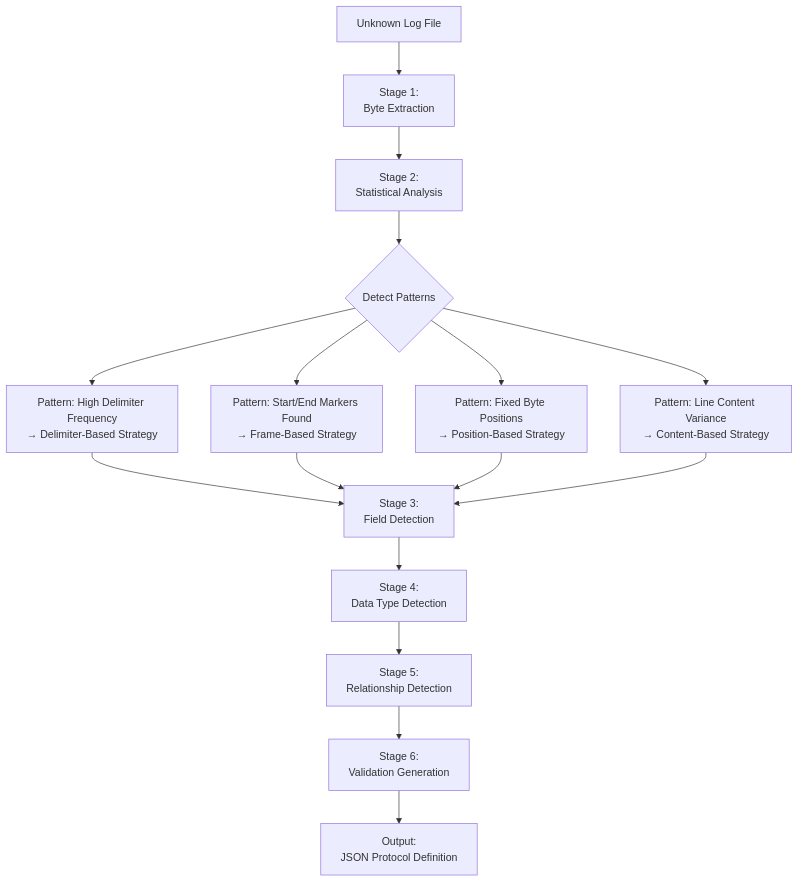
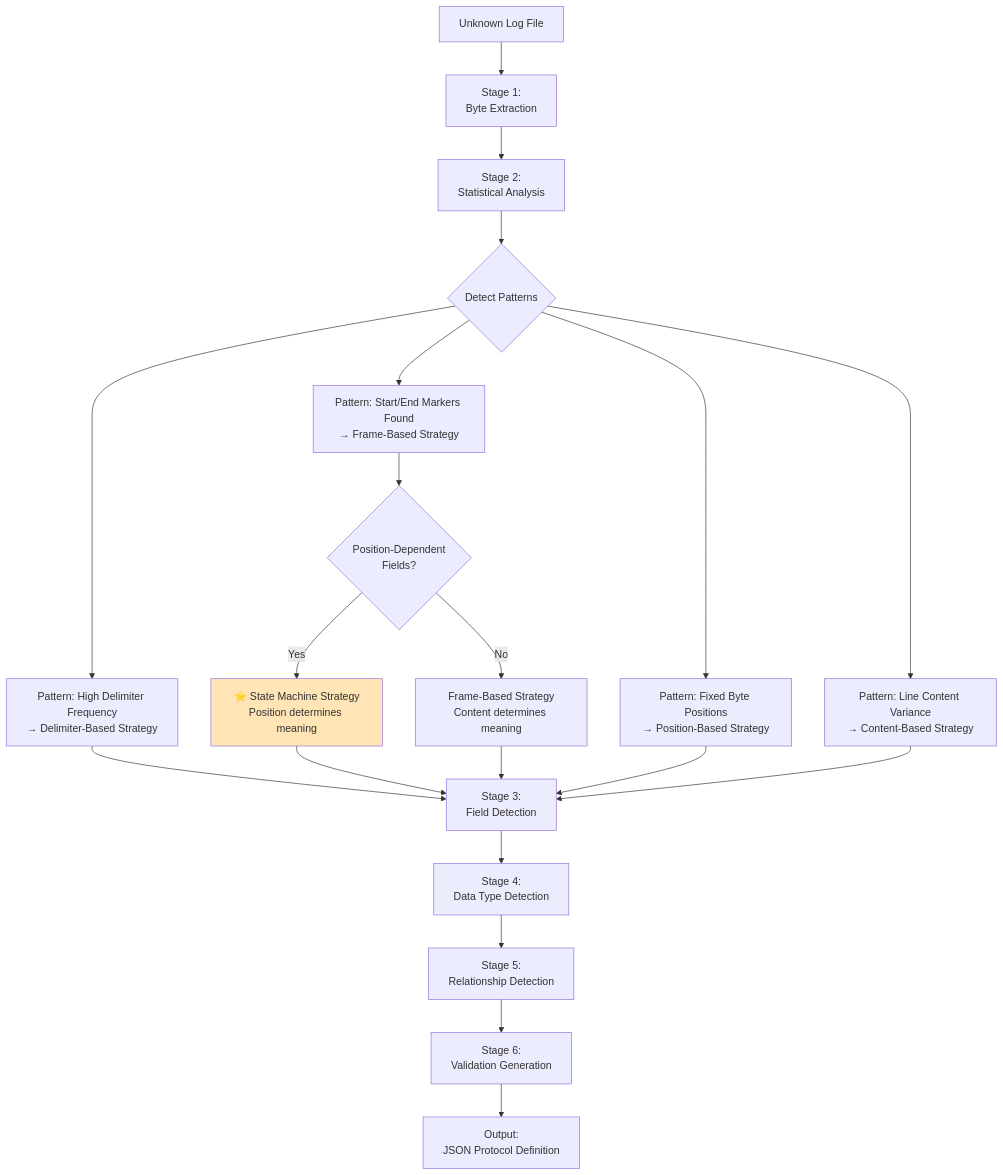
The first of 3 diagrams in Documents/ModernDesign/03-Parsing-Strategy-Analysis_New.md (chumpon-asaneerat/NSerialCommTools), drawn with Mermaid before and after one commit. The commit also changed other lines of this file and 34 other files, not shown here.

````diff
--- a/Documents/ModernDesign/03-Parsing-Strategy-Analysis_New.md
+++ b/Documents/ModernDesign/03-Parsing-Strategy-Analysis_New.md
@@ -39,26 +39,33 @@
 ```mermaid
 flowchart TD
     A[Unknown Log File] --> B[Stage 1:<br/>Byte Extraction]
 
     B --> C[Stage 2:<br/>Statistical Analysis]
 
     C --> D{Detect Patterns}
 
     D --> E1[Pattern: High Delimiter Frequency<br/>→ Delimiter-Based Strategy]
     D --> E2[Pattern: Start/End Markers Found<br/>→ Frame-Based Strategy]
     D --> E3[Pattern: Fixed Byte Positions<br/>→ Position-Based Strategy]
     D --> E4[Pattern: Line Content Variance<br/>→ Content-Based Strategy]
 
+    E2 --> E2A{Position-Dependent<br/>Fields?}
+    E2A -->|Yes| E2B[⭐ State Machine Strategy<br/>Position determines meaning]
+    E2A -->|No| E2C[Frame-Based Strategy<br/>Content determines meaning]
+
     E1 --> F[Stage 3:<br/>Field Detection]
-    E2 --> F
+    E2B --> F
+    E2C --> F
     E3 --> F
     E4 --> F
 
     F --> G[Stage 4:<br/>Data Type Detection]
 
     G --> H[Stage 5:<br/>Relationship Detection]
 
     H --> I[Stage 6:<br/>Validation Generation]
 
     I --> J[Output:<br/>JSON Protocol Definition]
+
+    style E2B fill:#FFE4B5
 ```
````
